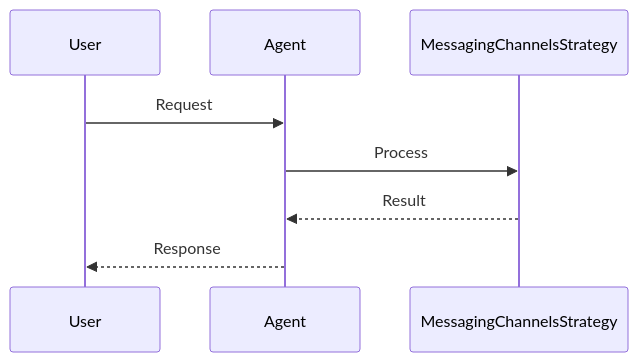
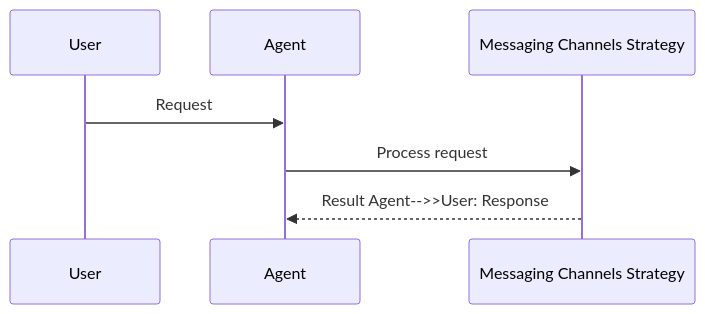
The second of 2 diagrams in docs/features/messaging-channels-strategy.mdx (MervinPraison/PraisonAIDocs), drawn with Mermaid before and after one commit. The commit also changed 204 other files, not shown here.

First line of the commit message:
docs: align feature/tool pages with AGENTS.md hero, sequence, and import standards (#1777)

````diff
--- a/docs/features/messaging-channels-strategy.mdx
+++ b/docs/features/messaging-channels-strategy.mdx
@@ -39,11 +39,10 @@
 ```mermaid
 sequenceDiagram
     participant User
     participant Agent
-    participant MessagingChannelsStrategy
+    participant Feature as Messaging Channels Strategy
 
     User->>Agent: Request
-    Agent->>MessagingChannelsStrategy: Process
-    MessagingChannelsStrategy-->>Agent: Result
-    Agent-->>User: Response
+    Agent->>Feature: Process request
+    Feature-->>Agent: Result    Agent-->>User: Response
 ```
````
